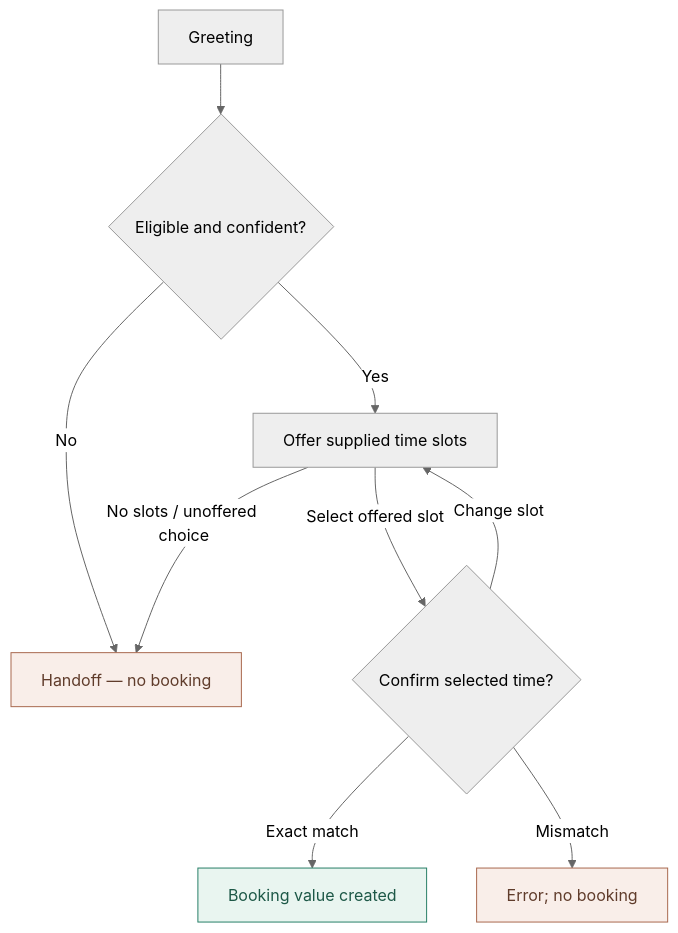
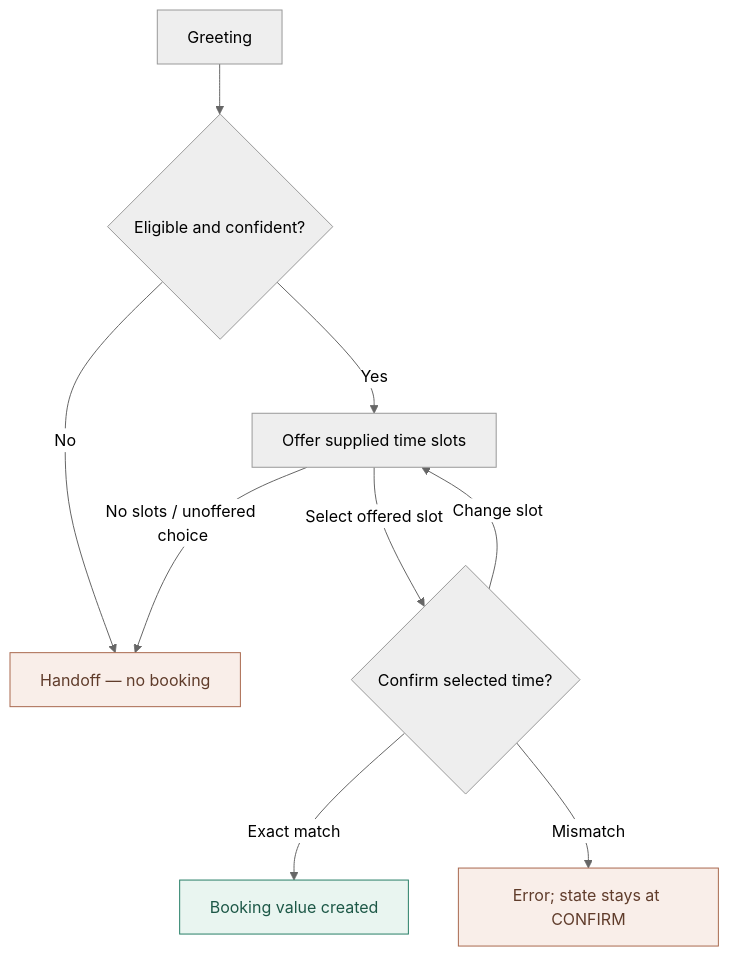
One commit to Niyam-Paneru/ai-booking-workflow changed the diagram in README.md. Above: the diagram before and after it, drawn with Mermaid (neutral theme).

Commit message:
docs: show confirmation mismatch leaves booking state unchanged

````diff
--- a/README.md
+++ b/README.md
@@ -29,15 +29,15 @@
 ```mermaid
 flowchart TB
     G["Greeting"] --> Q{"Eligible and confident?"}
     Q -- No --> H["Handoff — no booking"]
     Q -- Yes --> O["Offer supplied time slots"]
     O -- "No slots / unoffered choice" --> H
     O -- "Select offered slot" --> C{"Confirm selected time?"}
     C -- "Exact match" --> B["Booking value created"]
     C -- "Change slot" --> O
-    C -- "Mismatch" --> X["Error; no booking"]
+    C -- "Mismatch" --> X["Error; state stays at CONFIRM"]
     classDef blocked fill:#F9EEE9,stroke:#A9694F,color:#603C2B;
     classDef done fill:#E9F5F0,stroke:#287F67,color:#1D5847;
     class H,X blocked;
     class B done;
 ```
````
